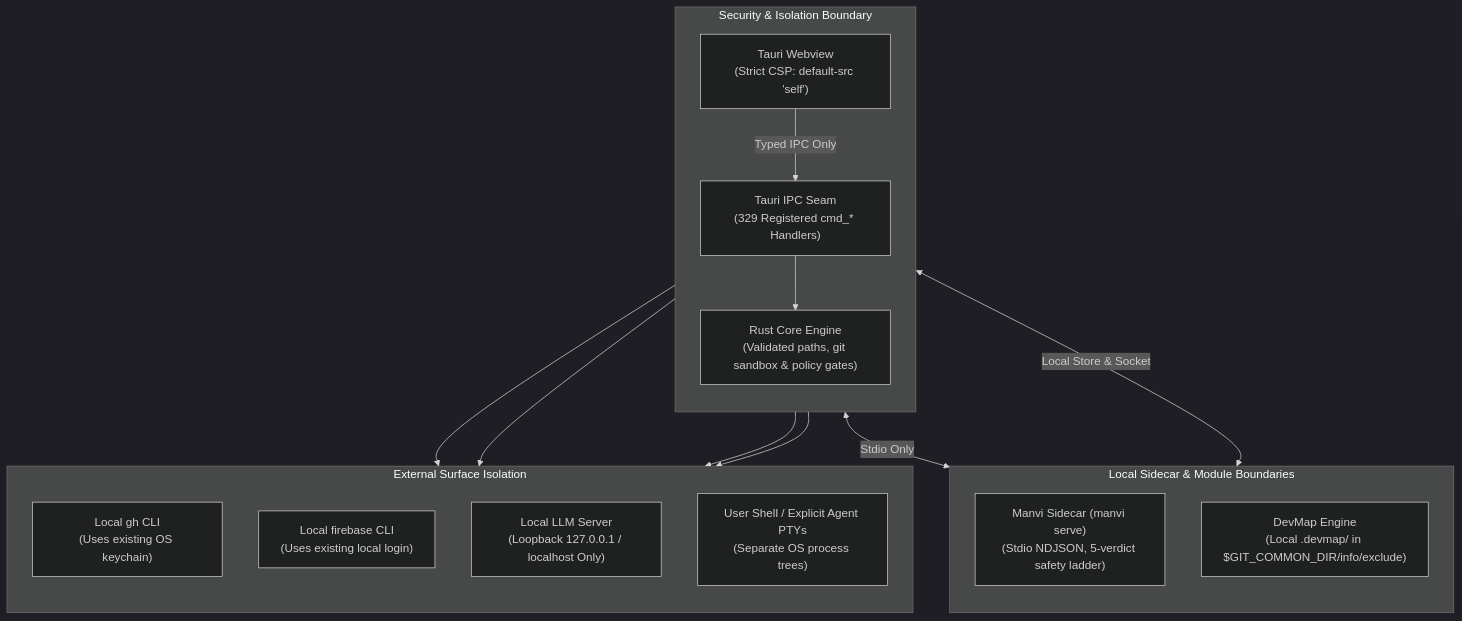
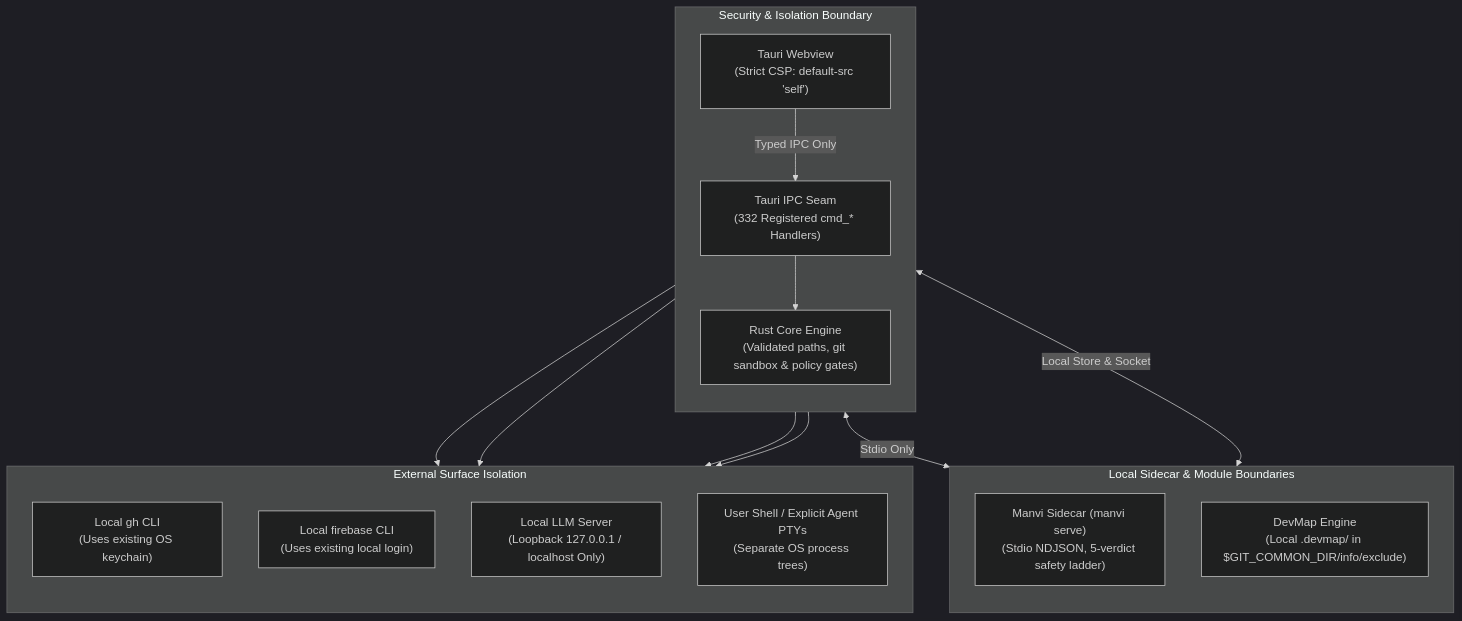
Before and after one commit to bharathvbcr/GitPulse: the diagram in docs/SECURITY.md, drawn with Mermaid (dark theme). The commit also changed 20 other files, not shown here.

````diff
--- a/docs/SECURITY.md
+++ b/docs/SECURITY.md
@@ -12,33 +12,33 @@
 ```mermaid
 flowchart TD
     subgraph Boundary["Security & Isolation Boundary"]
         direction TB
         Webview["Tauri Webview<br/>(Strict CSP: default-src 'self')"]
-        IPCBoundary["Tauri IPC Seam<br/>(329 Registered cmd_* Handlers)"]
+        IPCBoundary["Tauri IPC Seam<br/>(332 Registered cmd_* Handlers)"]
         LocalEngine["Rust Core Engine<br/>(Validated paths, git sandbox & policy gates)"]
         
         Webview -->|Typed IPC Only| IPCBoundary
         IPCBoundary --> LocalEngine
     end
 
     subgraph SidecarIsolation["Local Sidecar & Module Boundaries"]
         direction TB
         ManviSidecar["Manvi Sidecar (manvi serve)<br/>(Stdio NDJSON, 5-verdict safety ladder)"]
         DevMapGate["DevMap Engine<br/>(Local .devmap/ in $GIT_COMMON_DIR/info/exclude)"]
     end
 
     subgraph ExternalSurfaces["External Surface Isolation"]
         direction TB
         LocalGH["Local gh CLI<br/>(Uses existing OS keychain)"]
         LocalFB["Local firebase CLI<br/>(Uses existing local login)"]
         LocalAI["Local LLM Server<br/>(Loopback 127.0.0.1 / localhost Only)"]
         PTY["User Shell / Explicit Agent PTYs<br/>(Separate OS process trees)"]
     end
 
     LocalEngine <-->|Stdio Only| ManviSidecar
     LocalEngine <-->|Local Store & Socket| DevMapGate
     LocalEngine --> LocalGH
     LocalEngine --> LocalFB
     LocalEngine --> LocalAI
     LocalEngine --> PTY
 ```
````
